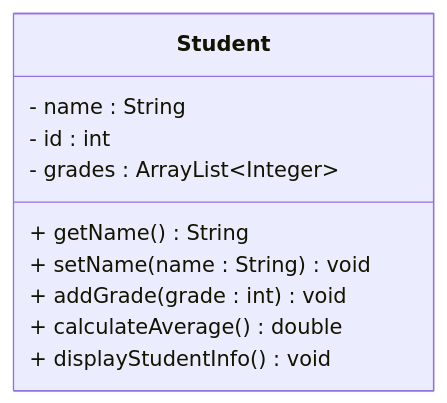
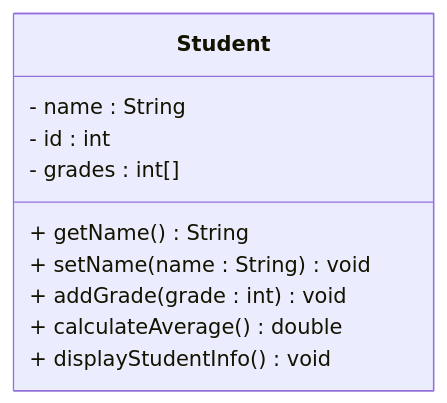
One commit to TroelsMortensen/Codelabs2 changed the third of 3 diagrams in Articles/Session 8 UML/008 Exercises.md. Above: the diagram before and after it, drawn with Mermaid. The commit also changed other lines of this file and 6 other files, not shown here.

````diff
--- a/Articles/Session 8 UML/008 Exercises.md
+++ b/Articles/Session 8 UML/008 Exercises.md
@@ -58,13 +58,13 @@
 ```mermaid
 classDiagram
 	class Student {
 		- name : String
 		- id : int
-		- grades : ArrayList~Integer~
+		- grades : int[]
 		+ getName() String
 		+ setName(name : String) void
 		+ addGrade(grade : int) void
 		+ calculateAverage() double
 		+ displayStudentInfo() void
 	}
 ```
````
